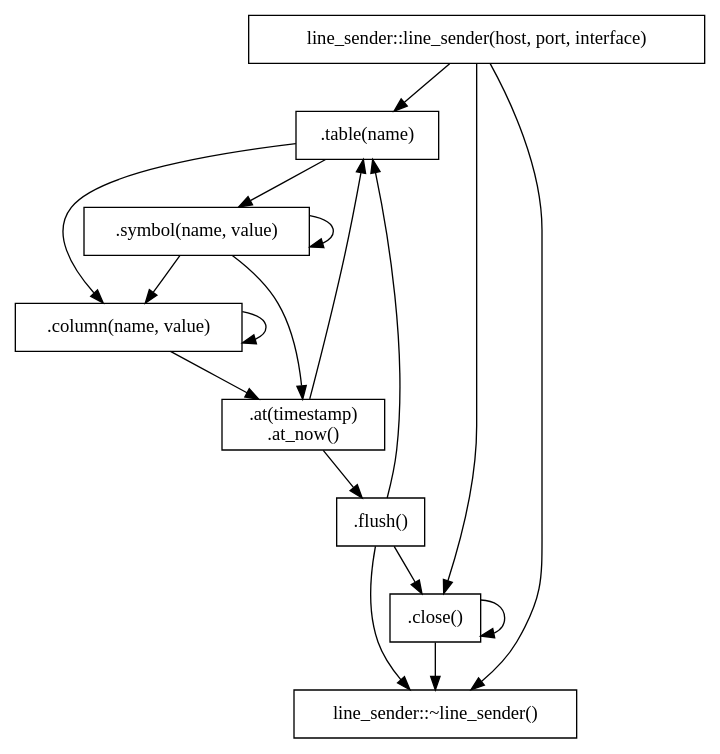
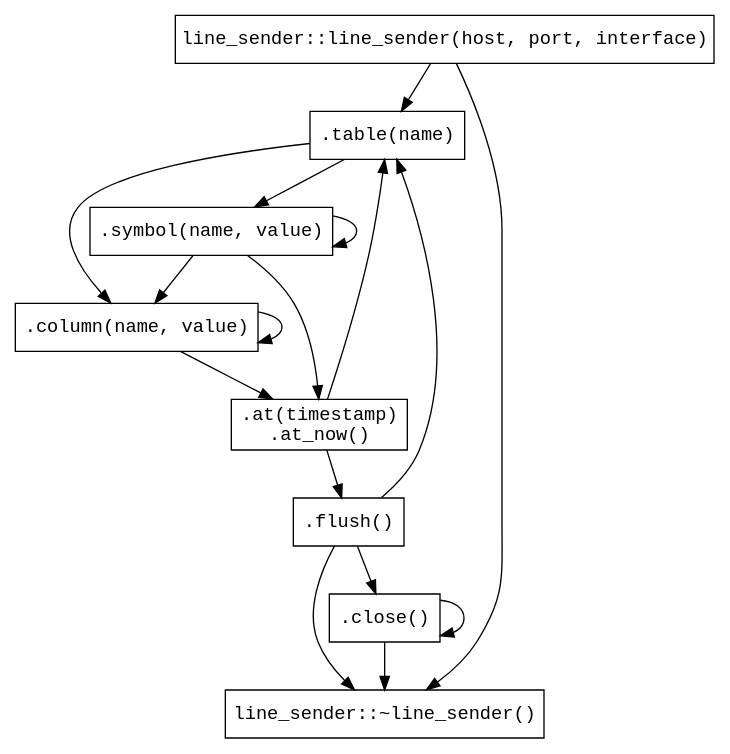
The diagram in api_seq/cpp.dot (questdb/c-questdb-client), drawn with Graphviz before and after one commit. The commit also changed 9 other files, not shown here.

```diff
--- a/api_seq/cpp.dot
+++ b/api_seq/cpp.dot
@@ -1,31 +1,30 @@
 digraph line_sender_cpp_api {
 
-  node [shape=box];
+  node [shape=box, fontname=monospace];
 
   line_sender -> table;
-  line_sender -> close;
-  close -> dtor;
   line_sender -> dtor;
   table -> symbol;
   symbol -> symbol;
   symbol -> column;
   symbol -> at;
   table -> column;
   column -> column;
   column -> at;
   at -> flush;
   flush -> close;
   flush -> dtor;
   at -> table;
   flush -> table;
   close -> close;
+  close -> dtor;
   
   line_sender [label="line_sender::line_sender(host, port, interface)"];
   table [label=".table(name)"];
   symbol [label=".symbol(name, value)"];
   column [label=".column(name, value)"]
   flush [label=".flush()"];
   close [label=".close()"];
   dtor [label="line_sender::~line_sender()"];
   at [label=".at(timestamp)\n.at_now()"];
 }
```
